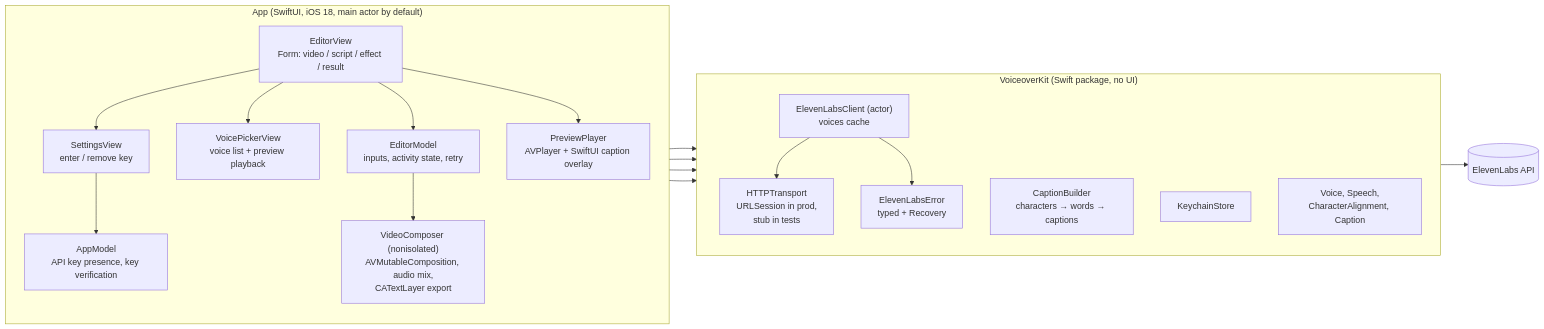
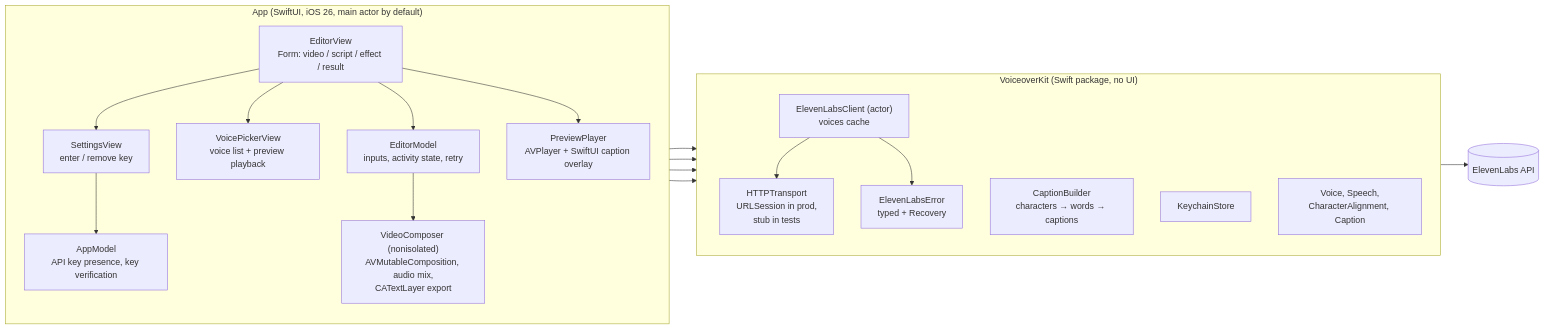
Before and after one commit to yvelkoa/VoiceoverStudio: the first of 4 diagrams in README.md, drawn with Mermaid. The commit also changed other lines of this file and 4 other files, not shown here.

````diff
--- a/README.md
+++ b/README.md
@@ -16,38 +16,38 @@
 ```mermaid
 flowchart LR
-    subgraph App["App (SwiftUI, iOS 18, main actor by default)"]
+    subgraph App["App (SwiftUI, iOS 26, main actor by default)"]
         direction TB
         AppModel["AppModel<br/>API key presence, key verification"]
         EditorModel["EditorModel<br/>inputs, activity state, retry"]
         EditorView["EditorView<br/>Form: video / script / effect / result"]
         VoicePicker["VoicePickerView<br/>voice list + preview playback"]
         Settings["SettingsView<br/>enter / remove key"]
         Preview["PreviewPlayer<br/>AVPlayer + SwiftUI caption overlay"]
         Composer["VideoComposer (nonisolated)<br/>AVMutableComposition, audio mix,<br/>CATextLayer export"]
     end
 
     subgraph Kit["VoiceoverKit (Swift package, no UI)"]
         direction TB
         Client["ElevenLabsClient (actor)<br/>voices cache"]
         Transport["HTTPTransport<br/>URLSession in prod,<br/>stub in tests"]
         Captions["CaptionBuilder<br/>characters → words → captions"]
         Errors["ElevenLabsError<br/>typed + Recovery"]
         Keychain["KeychainStore"]
         Models["Voice, Speech,<br/>CharacterAlignment, Caption"]
     end
 
     EL[("ElevenLabs API")]
 
     EditorView --> EditorModel
     EditorView --> VoicePicker
     EditorView --> Settings
     EditorView --> Preview
     Settings --> AppModel
     AppModel --> Keychain
     AppModel --> Client
     EditorModel --> Client
     EditorModel --> Captions
     EditorModel --> Composer
     Client --> Transport --> EL
     Client --> Errors
 ```
````
